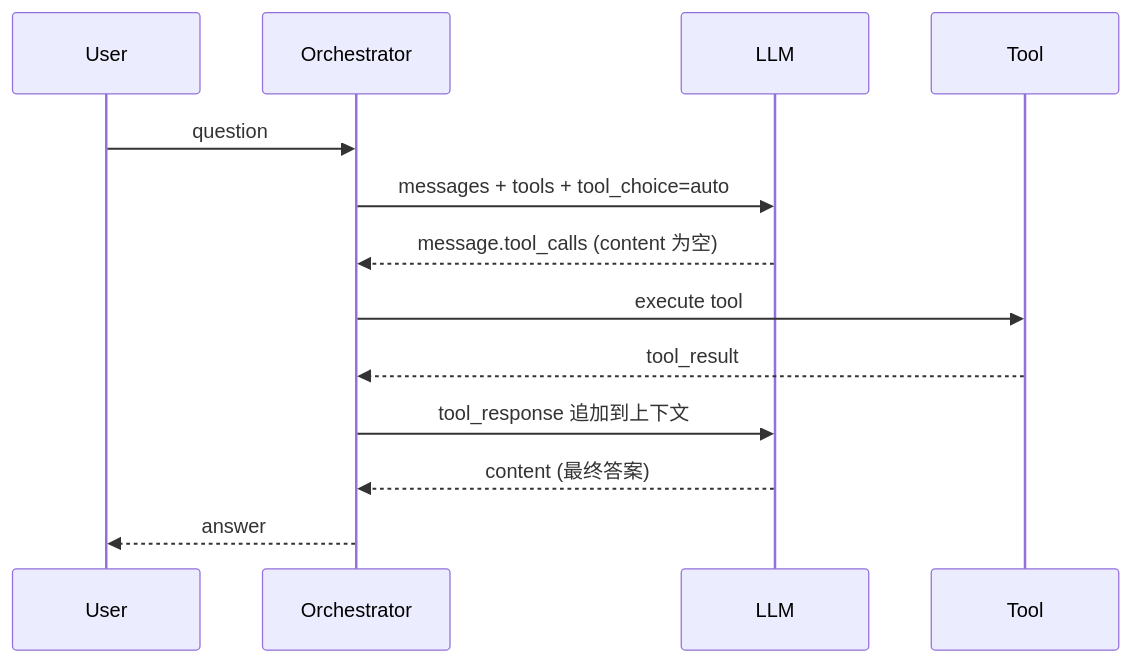
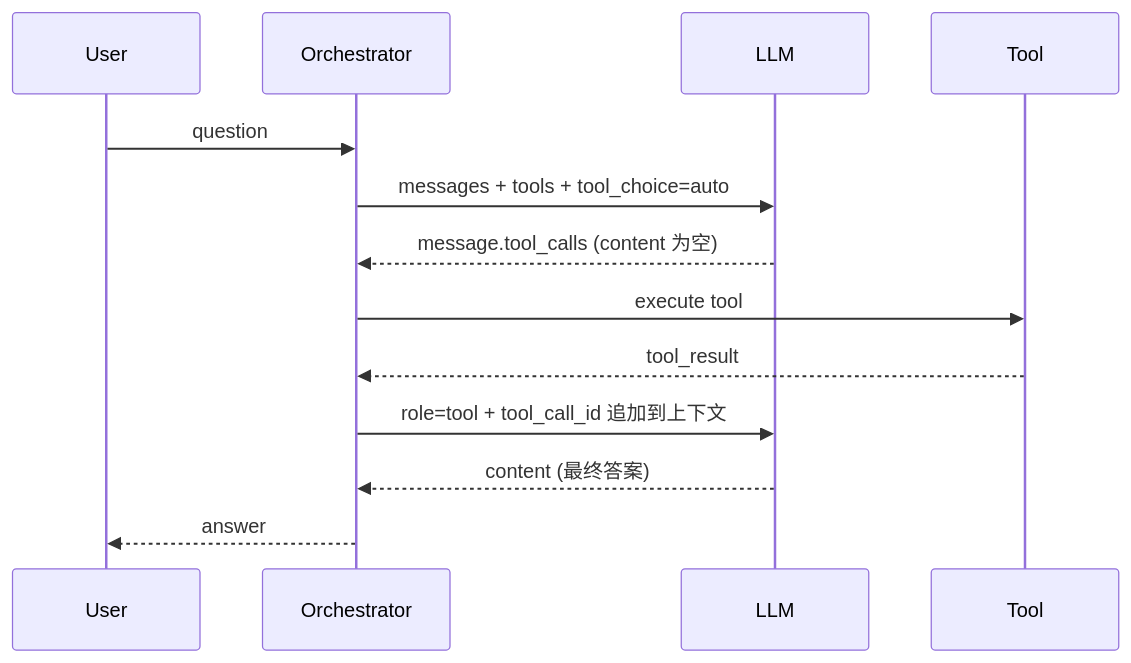
Before and after one commit to ylsdamxssjxxdd/wunder: the third of 3 diagrams in docs/工具调用.md, drawn with Mermaid. The commit also changed other lines of this file and 50 other files, not shown here.

````diff
--- a/docs/工具调用.md
+++ b/docs/工具调用.md
@@ -132,16 +141,16 @@
 ```mermaid
 sequenceDiagram
   participant U as User
   participant O as Orchestrator
   participant L as LLM
   participant T as Tool
 
   U->>O: question
   O->>L: messages + tools + tool_choice=auto
   L-->>O: message.tool_calls (content 为空)
   O->>T: execute tool
   T-->>O: tool_result
-  O->>L: tool_response 追加到上下文
+  O->>L: role=tool + tool_call_id 追加到上下文
   L-->>O: content (最终答案)
   O-->>U: answer
 ```
````
